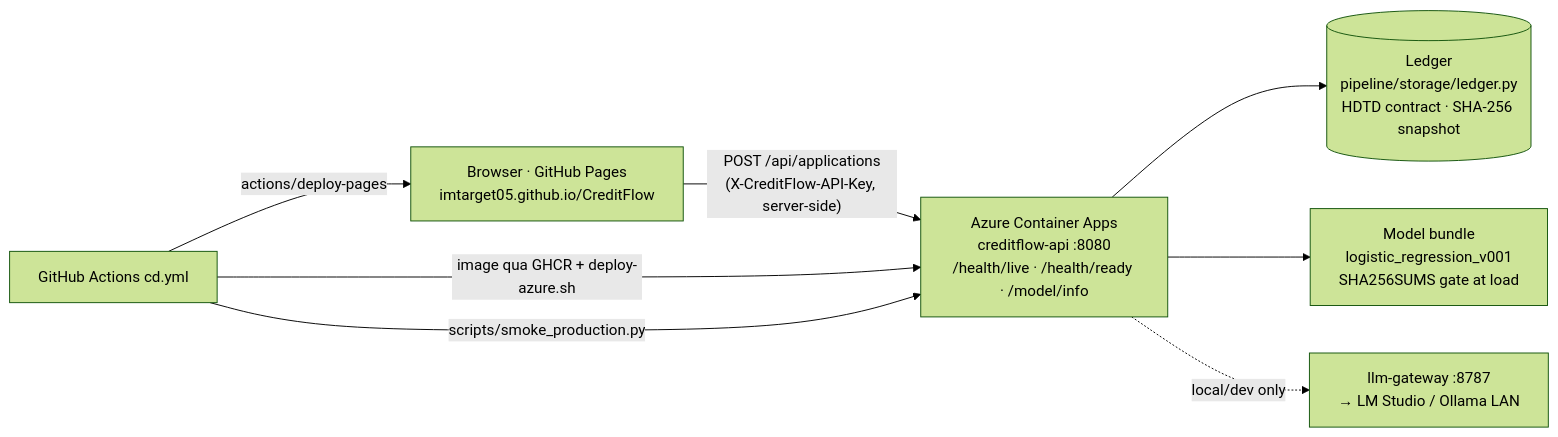
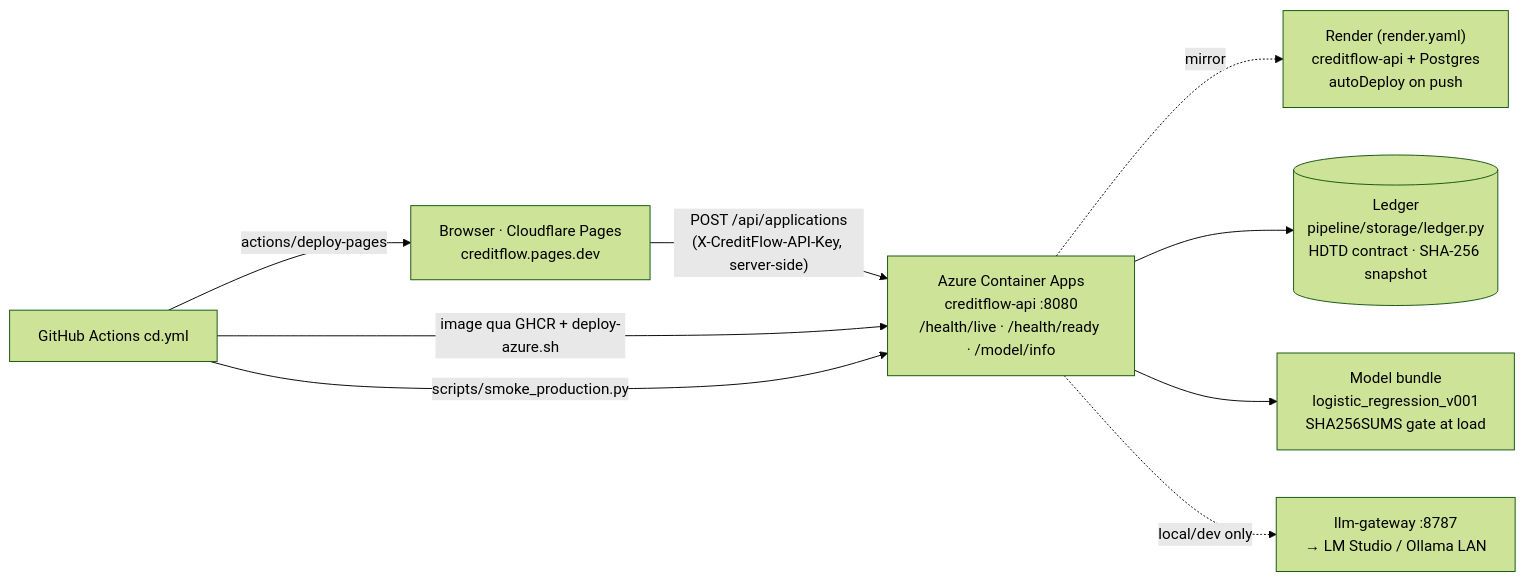
The first of 4 diagrams in docs/architecture.md (imtarget05/CreditFlow), drawn with Mermaid (forest theme) before and after one commit. The commit also changed other lines of this file and 9 other files, not shown here.

First line of the commit message:
feat(cloud): full 3-cloud architecture — CF Pages frontend, Azure canonical API, Render API+Postgres mirror

````diff
--- a/docs/architecture.md
+++ b/docs/architecture.md
@@ -53,10 +53,11 @@
 ```mermaid
 flowchart LR
-    U["Browser · GitHub Pages<br/>imtarget05.github.io/CreditFlow"] -->|"POST /api/applications<br/>(X-CreditFlow-API-Key, server-side)"| ACA["Azure Container Apps<br/>creditflow-api :8080<br/>/health/live · /health/ready · /model/info"]
+    U["Browser · Cloudflare Pages<br/>creditflow.pages.dev"] -->|"POST /api/applications<br/>(X-CreditFlow-API-Key, server-side)"| ACA["Azure Container Apps<br/>creditflow-api :8080<br/>/health/live · /health/ready · /model/info"]
+    ACA -.mirror.-> R["Render (render.yaml)<br/>creditflow-api + Postgres<br/>autoDeploy on push"]
     ACA --> LED[("Ledger<br/>pipeline/storage/ledger.py<br/>HDTD contract · SHA-256 snapshot")]
     ACA --> MOD["Model bundle<br/>logistic_regression_v001<br/>SHA256SUMS gate at load"]
     ACA -.->|"local/dev only"| LLG["llm-gateway :8787<br/>→ LM Studio / Ollama LAN"]
     GH["GitHub Actions cd.yml"] -->|"image qua GHCR + deploy-azure.sh"| ACA
     GH -->|"actions/deploy-pages"| U
     GH -->|"scripts/smoke_production.py"| ACA
 ```
````
